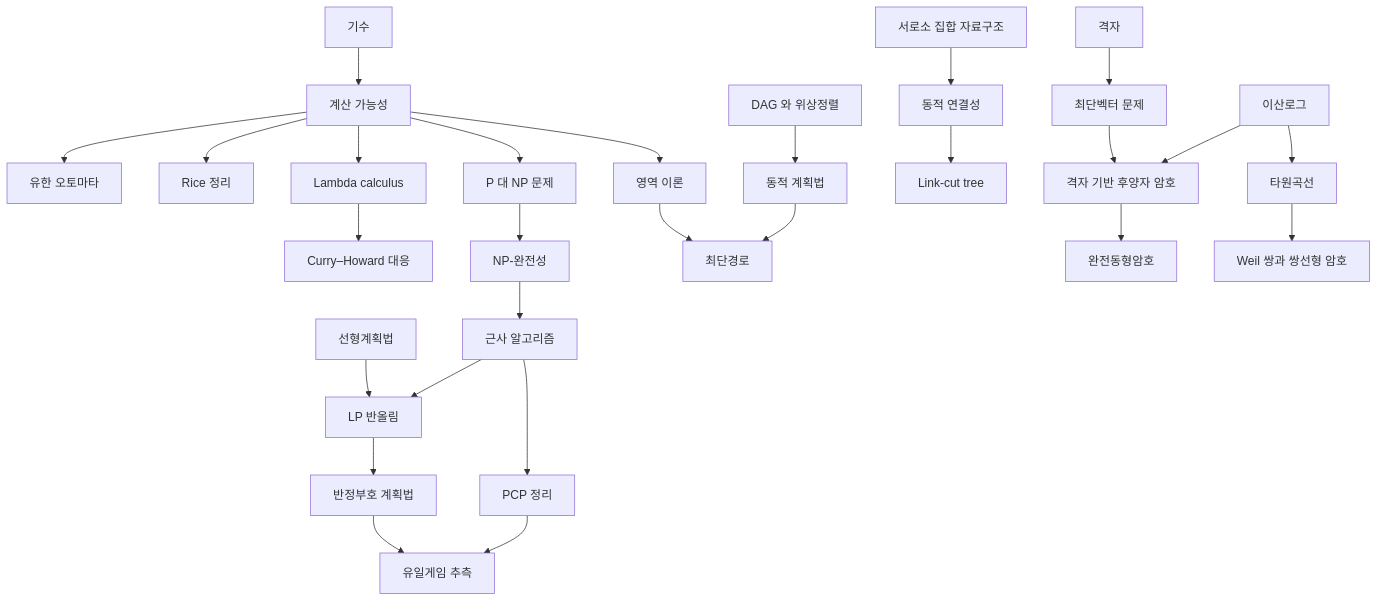
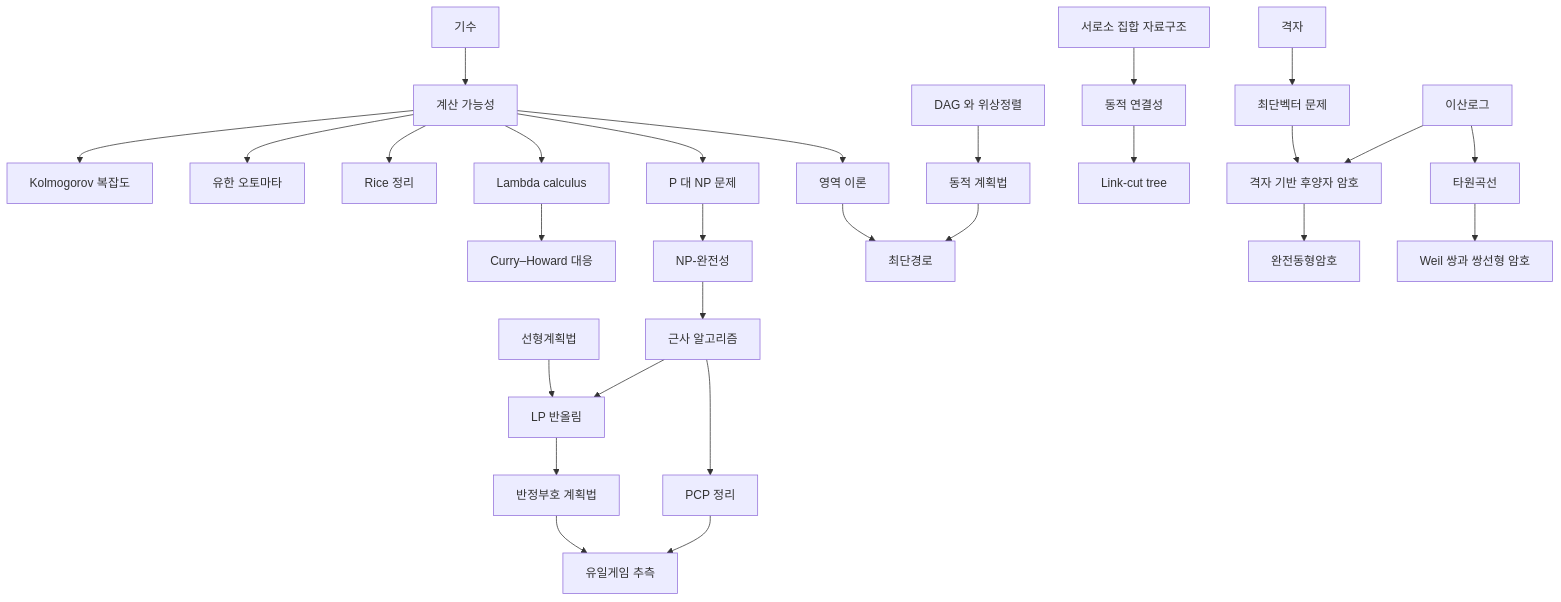
The diagram in docs/computation-overview.md (Phryxia/math-map), drawn with Mermaid before and after one commit. The commit also changed other lines of this file and 4 other files, not shown here.

````diff
--- a/docs/computation-overview.md
+++ b/docs/computation-overview.md
@@ -13,29 +13,30 @@
 ```mermaid
 graph TD
   CA["기수"] --> CB["계산 가능성"]
+  CB --> KC["Kolmogorov 복잡도"]
   CB --> FA["유한 오토마타"]
   CB --> RT["Rice 정리"]
   CB --> LC["Lambda calculus"]
   CB --> DT["영역 이론"]
   LC --> CH["Curry–Howard 대응"]
   CB --> PN["P 대 NP 문제"]
   PN --> NPC["NP-완전성"]
   NPC --> AA["근사 알고리즘"]
   AA --> LPR["LP 반올림"]
   AA --> PCP["PCP 정리"]
   PCP --> UG["유일게임 추측"]
   LP["선형계획법"] --> LPR
   LPR --> SDP["반정부호 계획법"]
   SDP --> UG
   DAG["DAG 와 위상정렬"] --> DP["동적 계획법"]
   DP --> SP["최단경로"]
   DT --> SP
   UF["서로소 집합 자료구조"] --> DC["동적 연결성"]
   DC --> LCT["Link-cut tree"]
   DL["이산로그"] --> PQ["격자 기반 후양자 암호"]
   LA["격자"] --> SVP["최단벡터 문제"]
   SVP --> PQ
   PQ --> HE["완전동형암호"]
   DL --> EC["타원곡선"]
   EC --> PBC["Weil 쌍과 쌍선형 암호"]
 ```
````
